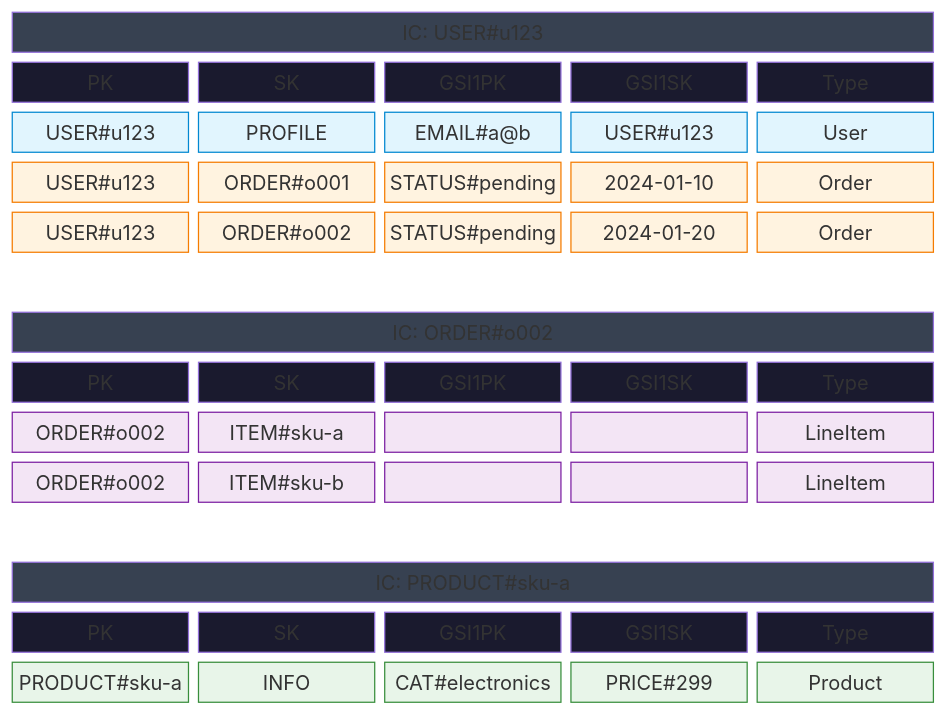
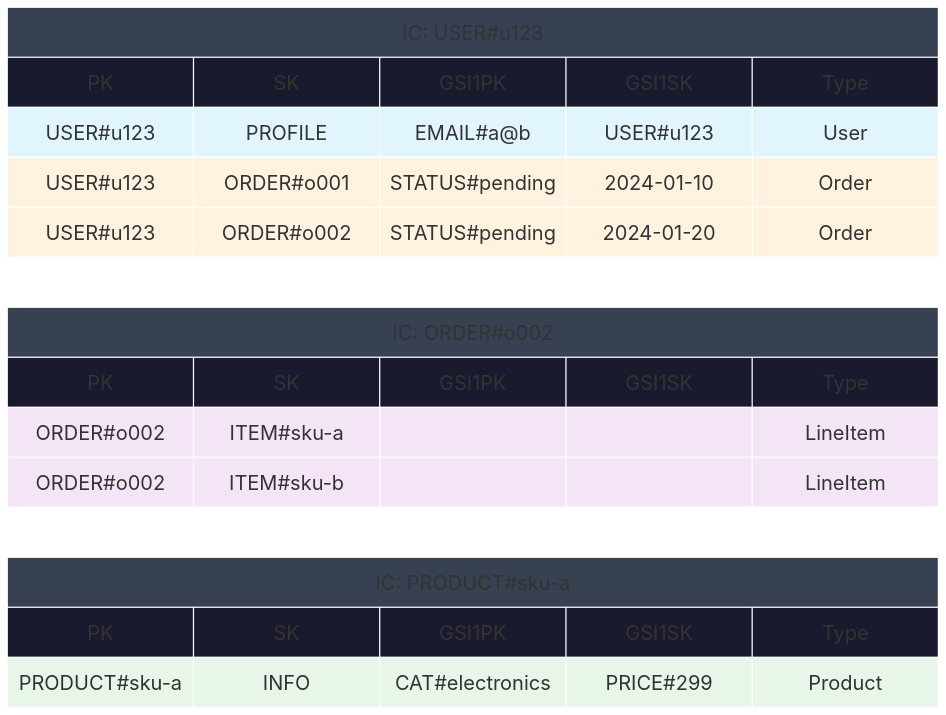
One commit to zeroae/.claude changed the second of 4 diagrams in plugins/dynamodb/skills/design/references/table-layout-options.md. Above: the diagram before and after it, drawn with Mermaid. The commit also changed other lines of this file, not shown here.

First line of the commit message:
🎨 style(dynamodb): fix gaps between Mermaid Block cells

````diff
--- a/plugins/dynamodb/skills/design/references/table-layout-options.md
+++ b/plugins/dynamodb/skills/design/references/table-layout-options.md
@@ -112,38 +112,38 @@
 ```mermaid
 %%{init: {"block": {"padding": 8}} }%%
 block-beta
     columns 5
 
     IC1["IC: USER#u123"]:5
     H1["PK"] H2["SK"] H3["GSI1PK"] H4["GSI1SK"] H5["Type"]
     a1["USER#u123"] a2["PROFILE"] a3["EMAIL#a@b"] a4["USER#u123"] a5["User"]
     b1["USER#u123"] b2["ORDER#o001"] b3["STATUS#pending"] b4["2024-01-10"] b5["Order"]
     c1["USER#u123"] c2["ORDER#o002"] c3["STATUS#pending"] c4["2024-01-20"] c5["Order"]
 
     space:5
 
     IC2["IC: ORDER#o002"]:5
     H6["PK"] H7["SK"] H8["GSI1PK"] H9["GSI1SK"] H10["Type"]
     d1["ORDER#o002"] d2["ITEM#sku-a"] d3[" "] d4[" "] d5["LineItem"]
     e1["ORDER#o002"] e2["ITEM#sku-b"] e3[" "] e4[" "] e5["LineItem"]
 
     space:5
 
     IC3["IC: PRODUCT#sku-a"]:5
     H11["PK"] H12["SK"] H13["GSI1PK"] H14["GSI1SK"] H15["Type"]
     f1["PRODUCT#sku-a"] f2["INFO"] f3["CAT#electronics"] f4["PRICE#299"] f5["Product"]
 
-    classDef title fill:#374151,color:#fff
-    classDef header fill:#1a1a2e,color:#fff
-    classDef user fill:#e1f5fe,stroke:#0288d1
-    classDef order fill:#fff3e0,stroke:#f57c00
-    classDef lineitem fill:#f3e5f5,stroke:#7b1fa2
-    classDef product fill:#e8f5e9,stroke:#388e3c
+    classDef title fill:#374151,color:#fff,stroke:#374151,stroke-width:7px
+    classDef header fill:#1a1a2e,color:#fff,stroke:#1a1a2e,stroke-width:7px
+    classDef user fill:#e1f5fe,stroke:#e1f5fe,stroke-width:7px
+    classDef order fill:#fff3e0,stroke:#fff3e0,stroke-width:7px
+    classDef lineitem fill:#f3e5f5,stroke:#f3e5f5,stroke-width:7px
+    classDef product fill:#e8f5e9,stroke:#e8f5e9,stroke-width:7px
 
     class IC1,IC2,IC3 title
     class H1,H2,H3,H4,H5,H6,H7,H8,H9,H10,H11,H12,H13,H14,H15 header
     class a1,a2,a3,a4,a5 user
     class b1,b2,b3,b4,b5,c1,c2,c3,c4,c5 order
     class d1,d2,d3,d4,d5,e1,e2,e3,e4,e5 lineitem
     class f1,f2,f3,f4,f5 product
 ```
````
